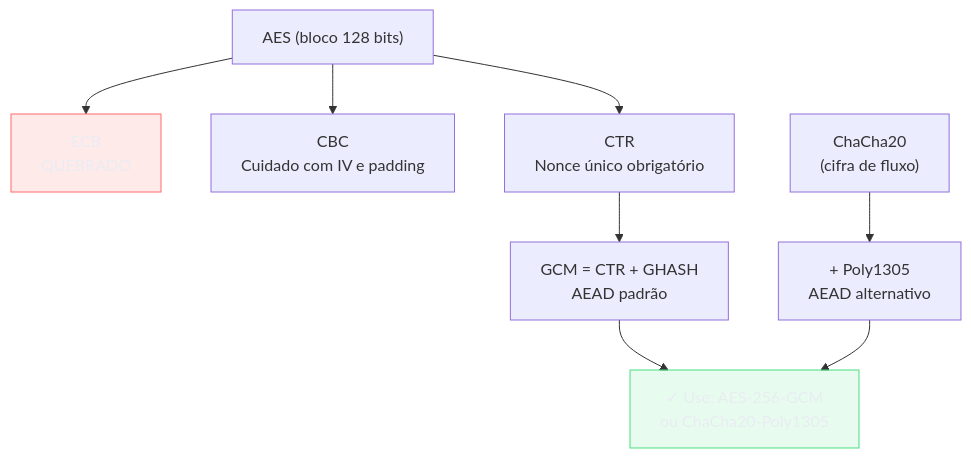
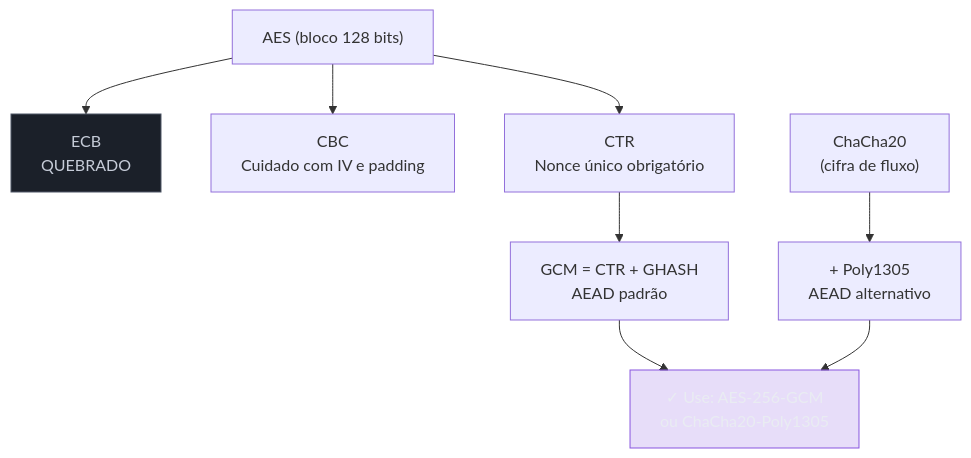
The third of 8 diagrams in 03-Dominios/Engenharia/Segurança/07 - Criptografia simétrica.md (josenaldo/codex-technomanticus), drawn with Mermaid before and after one commit. The commit also changed other lines of this file and 601 other files, not shown here.

````diff
--- a/03-Dominios/Engenharia/Segurança/07 - Criptografia simétrica.md
+++ b/03-Dominios/Engenharia/Segurança/07 - Criptografia simétrica.md
@@ -134,14 +134,14 @@
 ```mermaid
 flowchart TD
-  classDef falha fill:#FF6B6B24,stroke:#FF6B6B,color:#E9ECF2
-  classDef ok fill:#4ADE8021,stroke:#4ADE80,color:#E9ECF2
+  classDef marca fill:#8855DF33,stroke:#8855DF,color:#E9ECF2
+  classDef neutro fill:#1B2029,stroke:#4E5666,color:#C6CCD8
   AES_CORE["AES (bloco 128 bits)"] --> ECB["ECB\nQUEBRADO"]
   AES_CORE --> CBC["CBC\nCuidado com IV e padding"]
   AES_CORE --> CTR["CTR\nNonce único obrigatório"]
   CTR --> GCM["GCM = CTR + GHASH\nAEAD padrão"]
   CHACHA["ChaCha20\n(cifra de fluxo)"] --> POLY["+ Poly1305\nAEAD alternativo"]
   GCM --> RECOMENDADO["✓ Use: AES-256-GCM\nou ChaCha20-Poly1305"]
   POLY --> RECOMENDADO
-  class ECB falha
-  class RECOMENDADO ok
+  class ECB neutro
+  class RECOMENDADO marca
 ```
````
